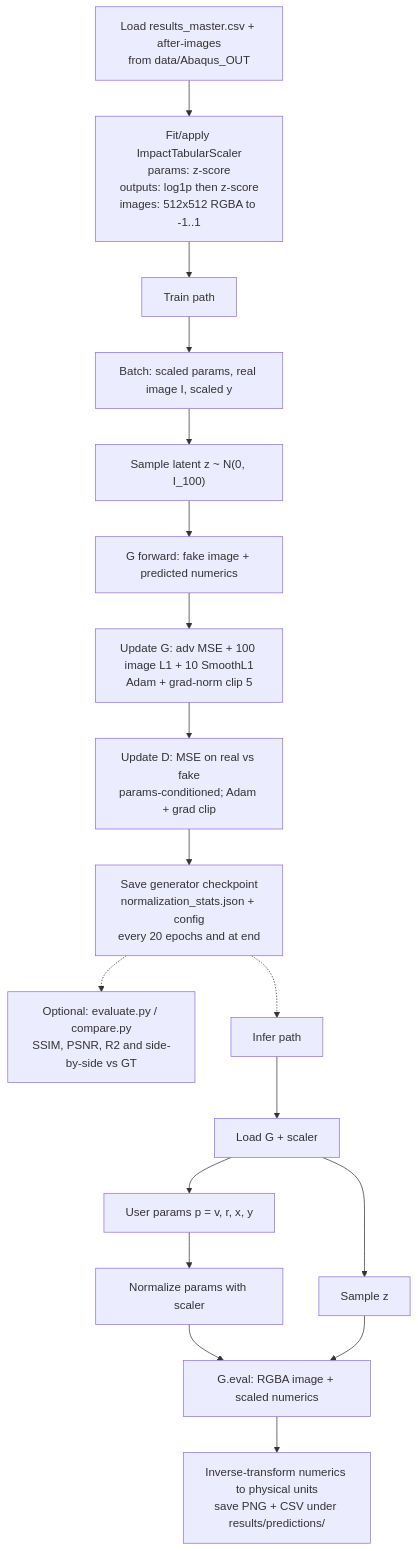
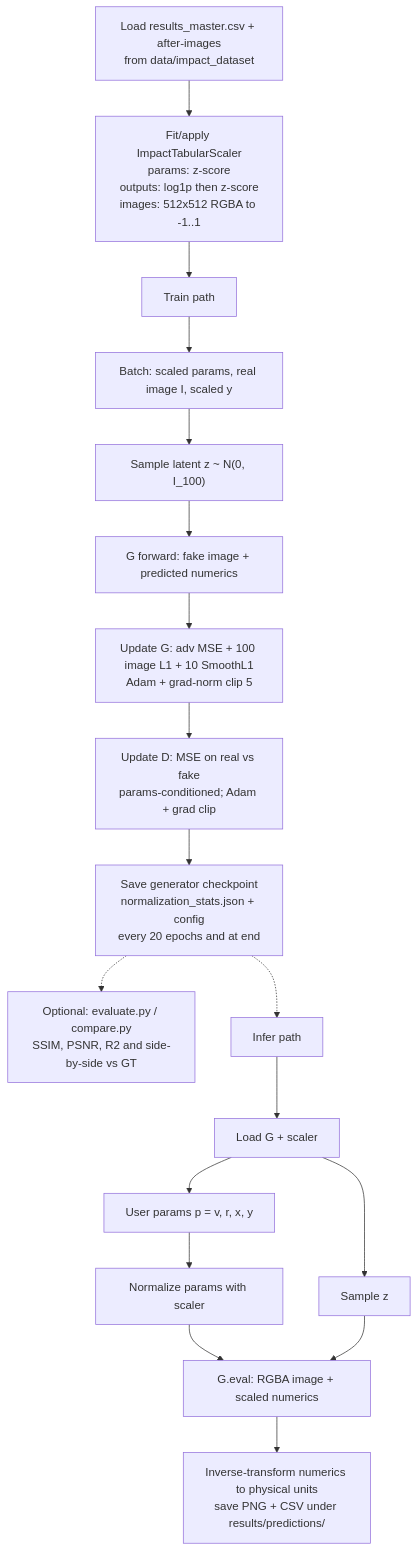
One commit to mlbkumar9/Param2Image changed the diagram in README.md. Above: the diagram before and after it, drawn with Mermaid. The commit also changed other lines of this file and 3118 other files, not shown here.

Commit message:
Add impact_dataset and update default data paths

````diff
--- a/README.md
+++ b/README.md
@@ -49,40 +49,40 @@
 ```mermaid
 flowchart TB
-  dataLoad["Load results_master.csv + after-images<br/>from data/Abaqus_OUT"]
+  dataLoad["Load results_master.csv + after-images<br/>from data/impact_dataset"]
   prep["Fit/apply ImpactTabularScaler<br/>params: z-score<br/>outputs: log1p then z-score<br/>images: 512x512 RGBA to -1..1"]
   dataLoad --> prep
 
   trainPath["Train path"]
   prep --> trainPath
   batchIn["Batch: scaled params, real image I, scaled y"]
   trainPath --> batchIn
   sampleZ["Sample latent z ~ N(0, I_100)"]
   batchIn --> sampleZ
   gFwd["G forward: fake image + predicted numerics"]
   sampleZ --> gFwd
   gStep["Update G: adv MSE + 100 image L1 + 10 SmoothL1<br/>Adam + grad-norm clip 5"]
   gFwd --> gStep
   dStep["Update D: MSE on real vs fake<br/>params-conditioned; Adam + grad clip"]
   gStep --> dStep
   saveArt["Save generator checkpoint<br/>normalization_stats.json + config<br/>every 20 epochs and at end"]
   dStep --> saveArt
 
   evalOpt["Optional: evaluate.py / compare.py<br/>SSIM, PSNR, R2 and side-by-side vs GT"]
   saveArt -.-> evalOpt
 
   inferPath["Infer path"]
   saveArt -.-> inferPath
   loadG["Load G + scaler"]
   inferPath --> loadG
   userP["User params p = v, r, x, y"]
   loadG --> userP
   normP["Normalize params with scaler"]
   userP --> normP
   zInf["Sample z"]
   loadG --> zInf
   genOut["G.eval: RGBA image + scaled numerics"]
   normP --> genOut
   zInf --> genOut
   savePred["Inverse-transform numerics to physical units<br/>save PNG + CSV under results/predictions/"]
   genOut --> savePred
 ```
````
